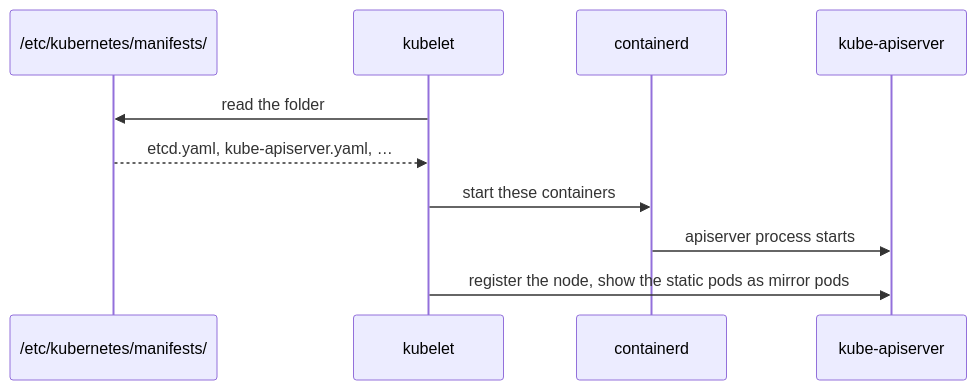
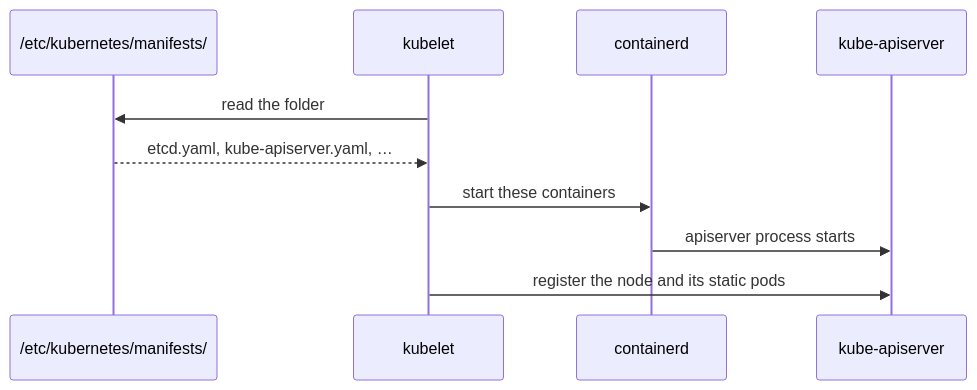
The third of 4 diagrams in learn/cluster-architecture.md (jclapdev/cka-study), drawn with Mermaid before and after one commit. The commit also changed other lines of this file and 37 other files, not shown here.

````diff
--- a/learn/cluster-architecture.md
+++ b/learn/cluster-architecture.md
@@ -57,12 +57,12 @@
 ```mermaid
 sequenceDiagram
   participant D as /etc/kubernetes/manifests/
   participant K as kubelet
   participant C as containerd
   participant A as kube-apiserver
   K->>D: read the folder
   D-->>K: etcd.yaml, kube-apiserver.yaml, …
   K->>C: start these containers
   C->>A: apiserver process starts
-  K->>A: register the node, show the static pods as mirror pods
+  K->>A: register the node and its static pods
 ```
````
